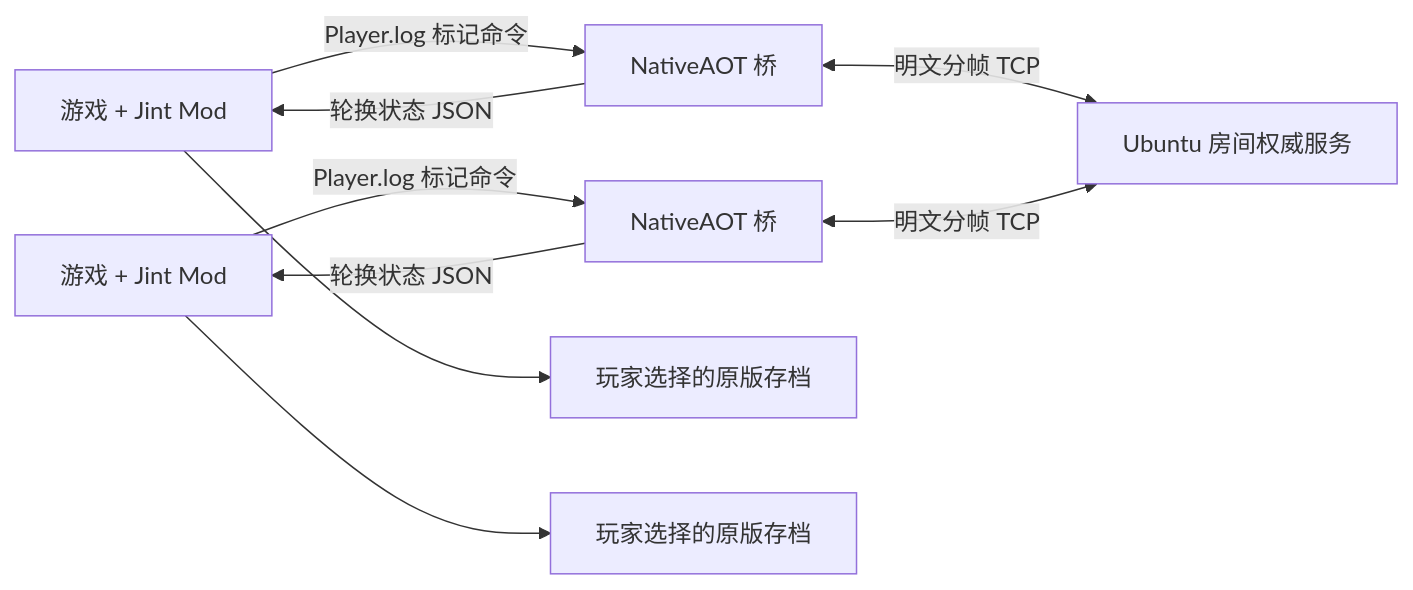
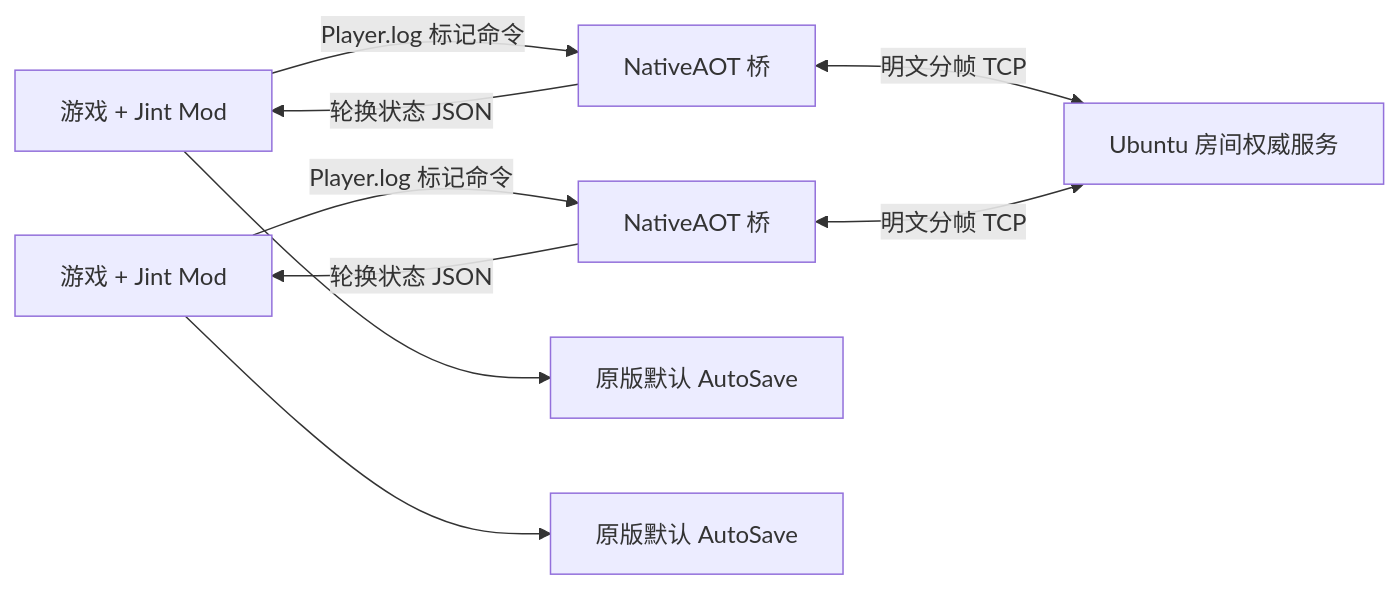
Before and after one commit to Sakura-QoQ/Multiplayer-Mod: the diagram in docs/ARCHITECTURE.zh-CN.md, drawn with Mermaid. The commit also changed other lines of this file and 8 other files, not shown here.

````diff
--- a/docs/ARCHITECTURE.zh-CN.md
+++ b/docs/ARCHITECTURE.zh-CN.md
@@ -7,11 +7,11 @@
 ```mermaid
 flowchart LR
     GameA[游戏 + Jint Mod] -->|Player.log 标记命令| BridgeA[NativeAOT 桥]
     BridgeA -->|轮换状态 JSON| GameA
     GameB[游戏 + Jint Mod] -->|Player.log 标记命令| BridgeB[NativeAOT 桥]
     BridgeB -->|轮换状态 JSON| GameB
     BridgeA <-->|明文分帧 TCP| Server[Ubuntu 房间权威服务]
     BridgeB <-->|明文分帧 TCP| Server
-    GameA --> SaveA[玩家选择的原版存档]
-    GameB --> SaveB[玩家选择的原版存档]
+    GameA --> SaveA[原版默认 AutoSave]
+    GameB --> SaveB[原版默认 AutoSave]
 ```
````
